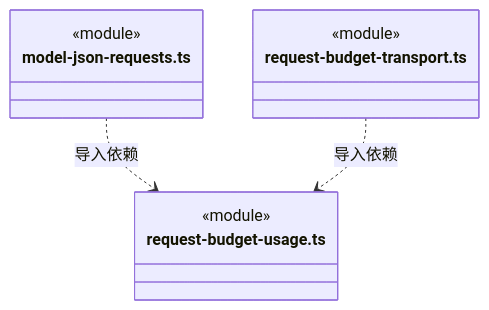
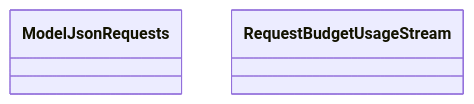
Before and after one commit to nan023062/cbim: the diagram in src/logic/execution/engines/transport/ARCHITECTURE.md, drawn with Mermaid. The commit also changed other lines of this file and 158 other files, not shown here.

Commit message:
docs: model architecture through nested virtual encapsulations

````diff
--- a/src/logic/execution/engines/transport/ARCHITECTURE.md
+++ b/src/logic/execution/engines/transport/ARCHITECTURE.md
@@ -141,14 +20,7 @@
 ```mermaid
 classDiagram
-class N_src_logic_execution_engines_transport_model_json_requests_ts["model-json-requests.ts"] {
-  <<module>>
-}
-class N_src_logic_execution_engines_transport_request_budget_usage_ts["request-budget-usage.ts"] {
-  <<module>>
-}
-class N_src_logic_execution_engines_transport_request_budget_transport_ts["request-budget-transport.ts"] {
-  <<module>>
-}
-N_src_logic_execution_engines_transport_model_json_requests_ts ..> N_src_logic_execution_engines_transport_request_budget_usage_ts : 导入依赖
-N_src_logic_execution_engines_transport_request_budget_transport_ts ..> N_src_logic_execution_engines_transport_request_budget_usage_ts : 导入依赖
+class N_19251e13ffda["ModelJsonRequests"]
+click N_19251e13ffda href "model-json-requests.ts"
+class N_30d479b5fbc2["RequestBudgetUsageStream"]
+click N_30d479b5fbc2 href "request-budget-usage.ts"
 ```
````
